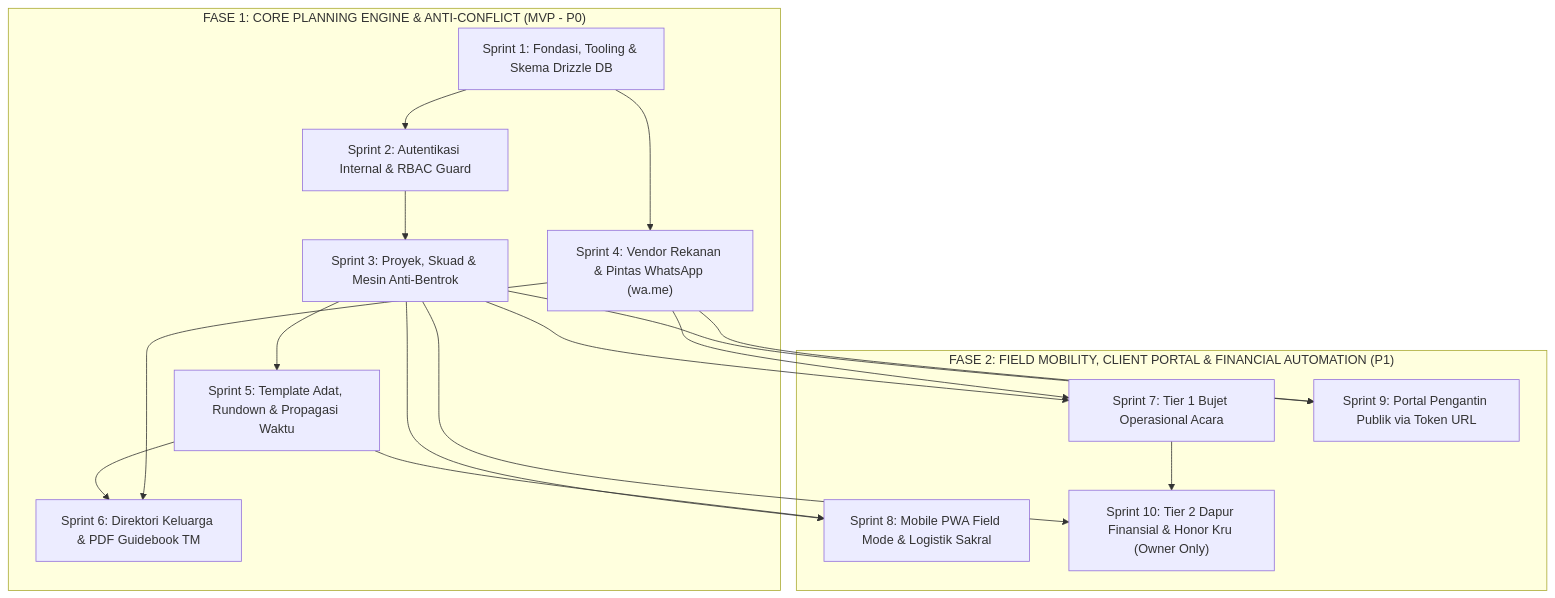
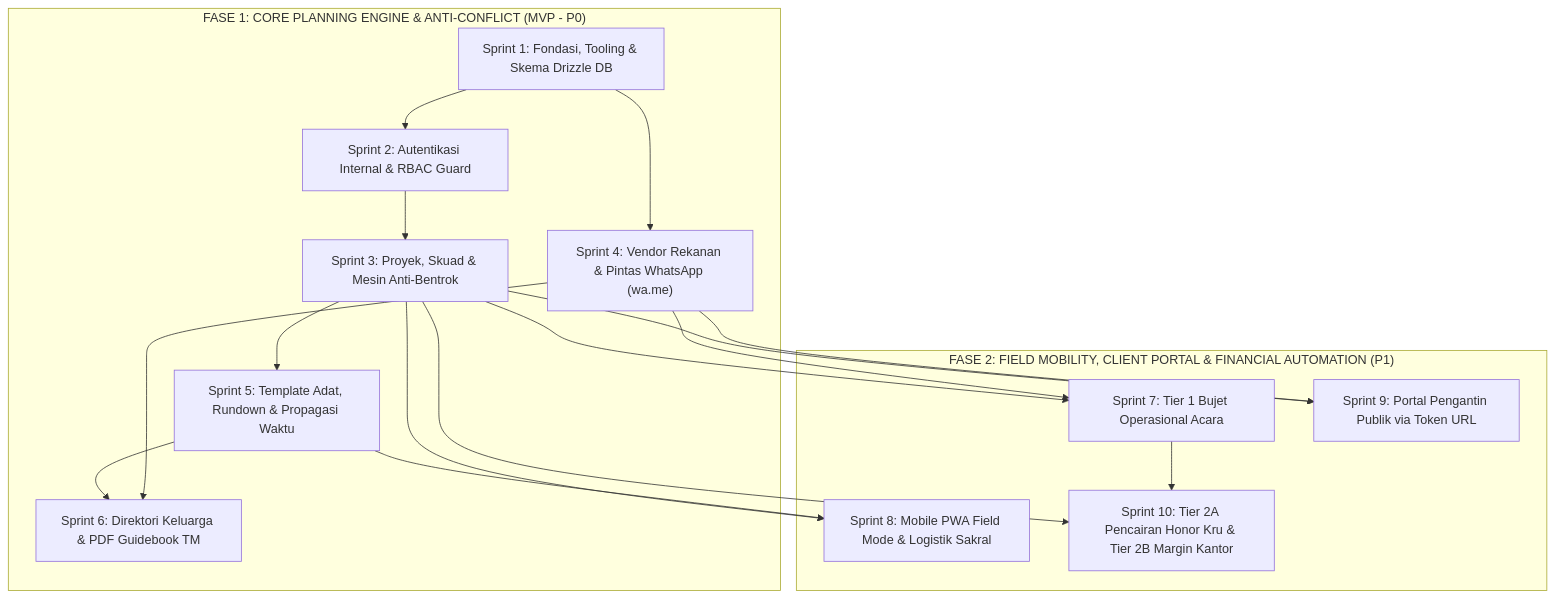
Before and after one commit to RizkiKustirama/altara: the diagram in implementation-plan.md, drawn with Mermaid. The commit also changed other lines of this file, not shown here.

Commit message:
docs: align master implementation plan with OWNER, MANAGEMENT, CREW and contextual LEAD_PLANNER model

````diff
--- a/implementation-plan.md
+++ b/implementation-plan.md
@@ -10,28 +10,28 @@
 ```mermaid
 flowchart TD
     subgraph Fase1["FASE 1: CORE PLANNING ENGINE & ANTI-CONFLICT (MVP - P0)"]
         S1["Sprint 1: Fondasi, Tooling & Skema Drizzle DB"]
         S2["Sprint 2: Autentikasi Internal & RBAC Guard"]
         S3["Sprint 3: Proyek, Skuad & Mesin Anti-Bentrok"]
         S4["Sprint 4: Vendor Rekanan & Pintas WhatsApp (wa.me)"]
         S5["Sprint 5: Template Adat, Rundown & Propagasi Waktu"]
         S6["Sprint 6: Direktori Keluarga & PDF Guidebook TM"]
         
         S1 --> S2 --> S3
         S1 --> S4
         S3 --> S5 --> S6
         S4 --> S6
     end
 
     subgraph Fase2["FASE 2: FIELD MOBILITY, CLIENT PORTAL & FINANCIAL AUTOMATION (P1)"]
         S7["Sprint 7: Tier 1 Bujet Operasional Acara"]
         S8["Sprint 8: Mobile PWA Field Mode & Logistik Sakral"]
         S9["Sprint 9: Portal Pengantin Publik via Token URL"]
-        S10["Sprint 10: Tier 2 Dapur Finansial & Honor Kru (Owner Only)"]
+        S10["Sprint 10: Tier 2A Pencairan Honor Kru & Tier 2B Margin Kantor"]
         
         S3 & S4 --> S7
         S3 & S5 --> S8
         S3 & S4 --> S9
         S3 & S7 --> S10
     end
 ```
````
